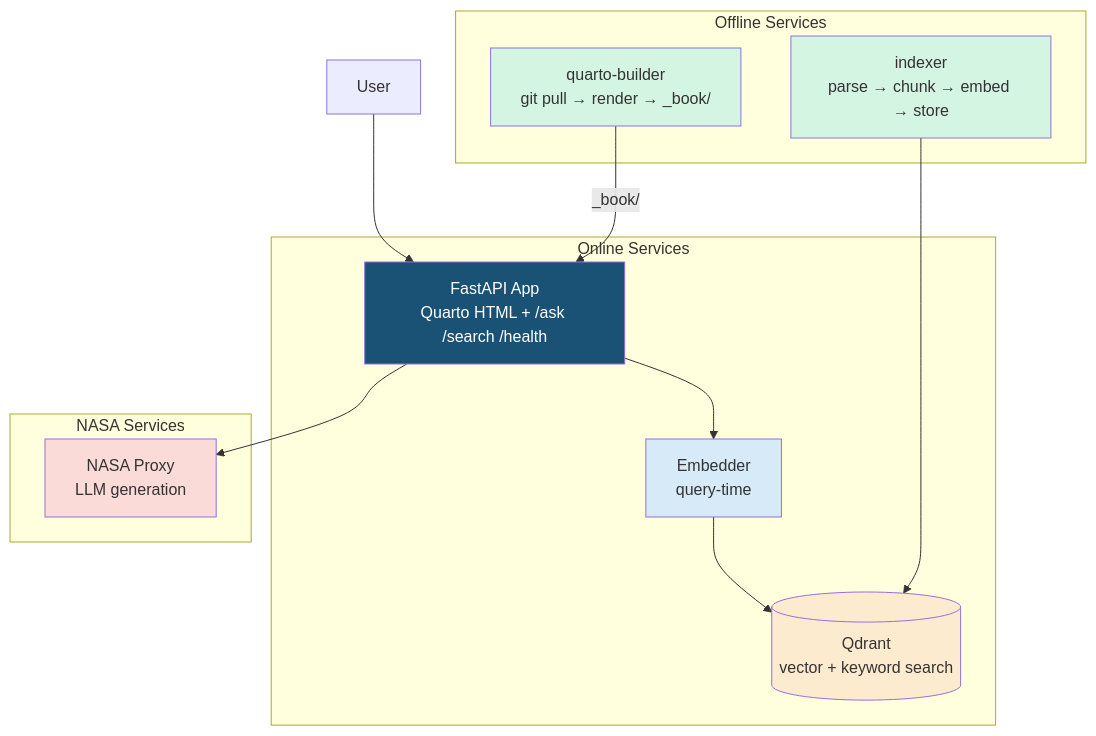
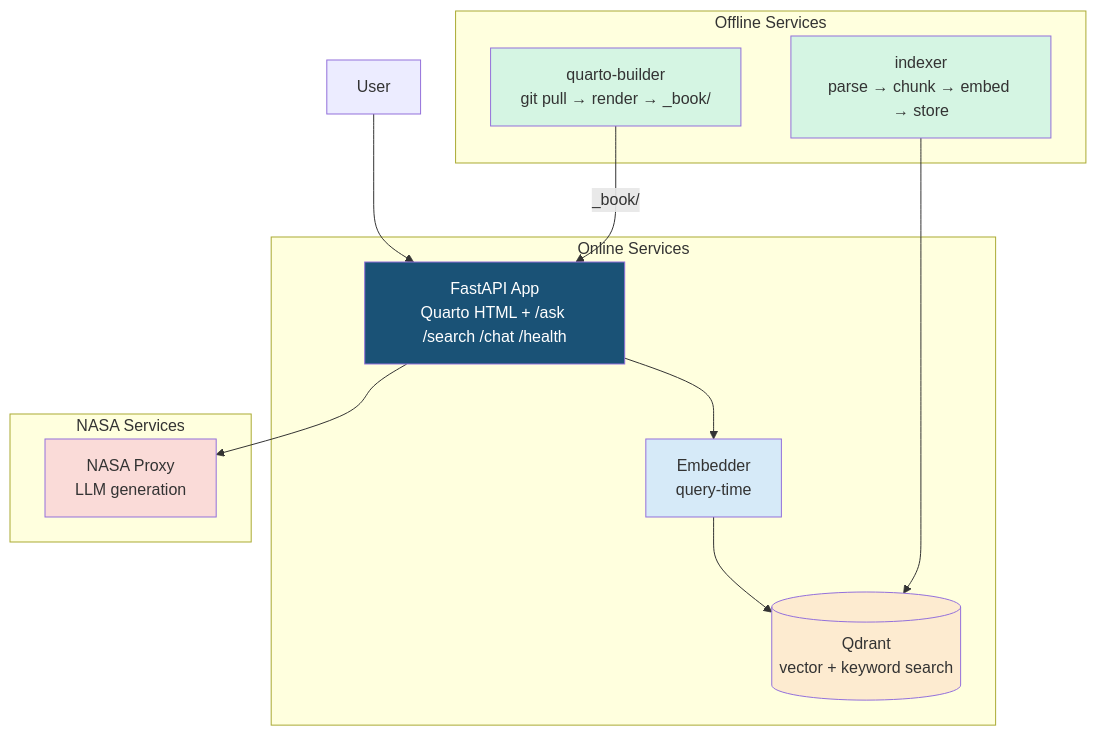
Before and after one commit to biplovbhandari/earthrise-book-assistant: the first of 6 diagrams in system-design/architecture_overview.md, drawn with Mermaid. The commit also changed other lines of this file and 2 other files, not shown here.

Commit message:
Update architecture docs and README for /chat endpoint and widget

````diff
--- a/system-design/architecture_overview.md
+++ b/system-design/architecture_overview.md
@@ -20,31 +20,31 @@
 ```mermaid
 graph TD
   User[User] --> App
 
   subgraph "Online Services"
-    App["FastAPI App<br/>Quarto HTML + /ask /search /health"]
+    App["FastAPI App<br/>Quarto HTML + /ask /search /chat /health"]
     DB[(Qdrant<br/>vector + keyword search)]
     EmbedQ[Embedder<br/>query-time]
   end
 
   subgraph "Offline Services"
     Quarto["quarto-builder<br/>git pull → render → _book/"]
     Index["indexer<br/>parse → chunk → embed → store"]
   end
 
   subgraph "NASA Services"
     ChatGSFC["NASA Proxy<br/>LLM generation"]
   end
 
   App --> EmbedQ --> DB
   App --> ChatGSFC
   Quarto -->|"_book/"| App
   Index --> DB
 
   style App fill:#1a5276,color:#fff
   style ChatGSFC fill:#fadbd8
   style DB fill:#fdebd0
   style Index fill:#d5f5e3
   style Quarto fill:#d5f5e3
   style EmbedQ fill:#d6eaf8
 ```
````
